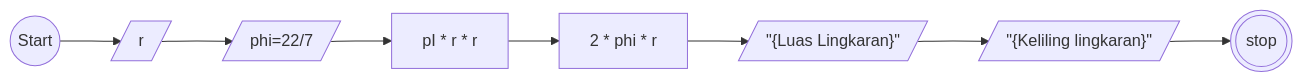
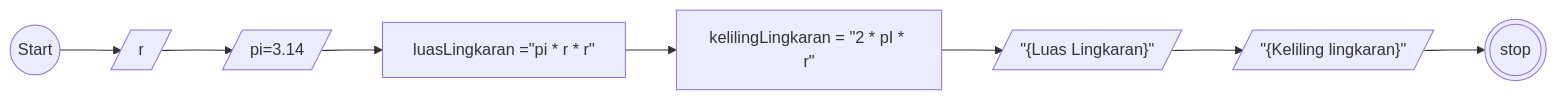
Before and after one commit to MuhammadWahyuPratama/Koda-b8-javascript1: the diagram in README.MD, drawn with Mermaid. The commit also changed 1 other file, not shown here.

````diff
--- a/README.MD
+++ b/README.MD
@@ -7,21 +7,16 @@
 ```mermaid
 flowchart LR
 a@{shape: circle, label: "Start"}
 b@{shape: lean-r, label: "r" }
-c@{shape: lean-r, label: "phi=22/7"}
-d@{shape: rect, label: "pI * r * r"}
-e@{shape: rect, label: "2 * phi * r"}
+c@{shape: lean-r, label: "pi=3.14"}
+d@{shape: rect, label: luasLingkaran ="pi * r * r"}
+e@{shape: rect, label: kelilingLingkaran = "2 * pI * r"}
 f@{shape: lean-r, label: '"{Luas Lingkaran}"'}
 g@{shape: lean-r, label: '"{Keliling lingkaran}"'}
 h@{shape: dbl-circ, label: "stop"}
 
-a-->b
-b-->c
-c-->d
-d-->e
-e-->f
-f-->g
-g-->h
+a-->b-->c-->d-->e-->f-->g-->h
+
 
 
 ```
````
